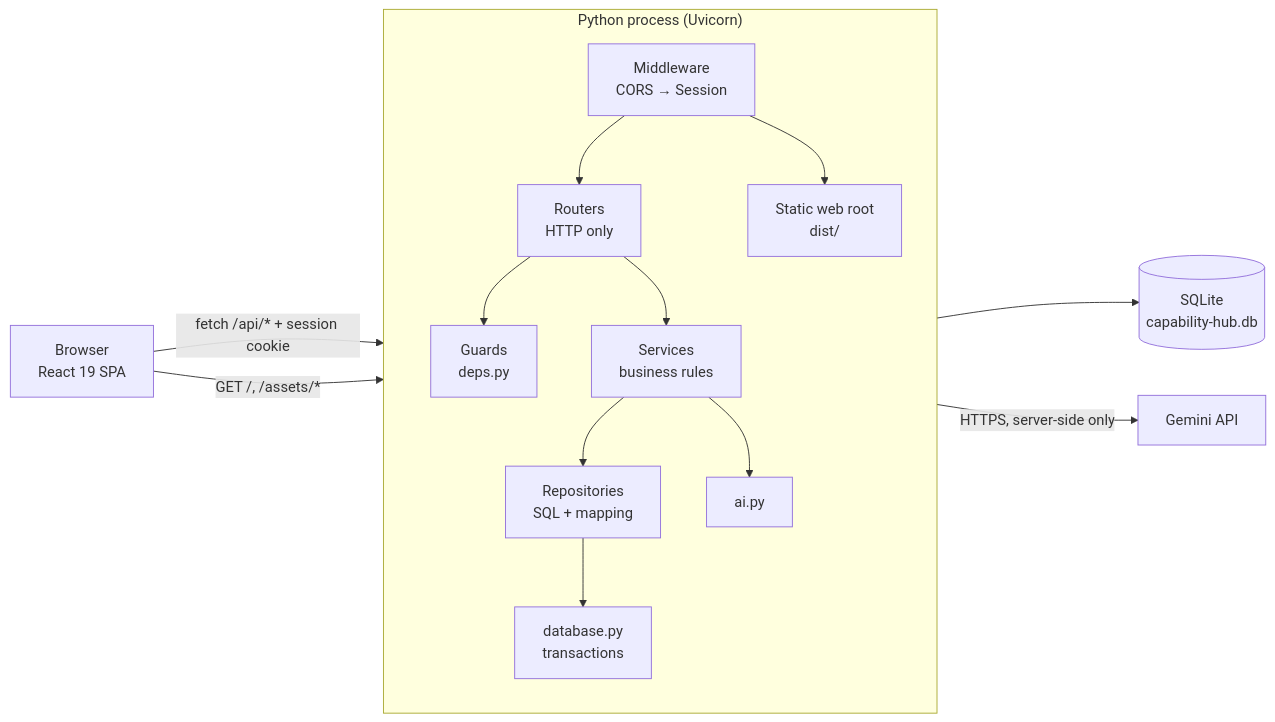
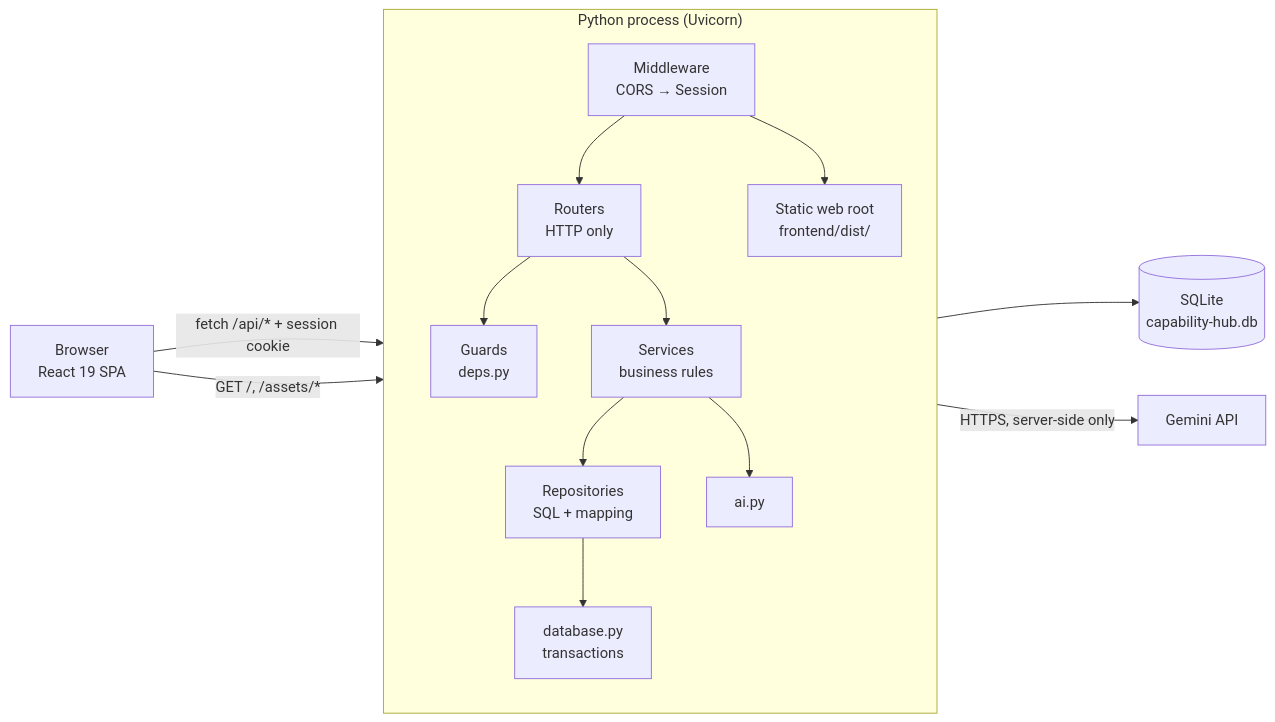
One commit to vs554154-dotcom/capability-hub-ai changed the first of 5 diagrams in ARCHITECTURE.md. Above: the diagram before and after it, drawn with Mermaid. The commit also changed other lines of this file and 89 other files, not shown here.

````diff
--- a/ARCHITECTURE.md
+++ b/ARCHITECTURE.md
@@ -18,17 +18,17 @@
 ```mermaid
 flowchart LR
     B["Browser<br/>React 19 SPA"] -- "fetch /api/* + session cookie" --> P
     B -- "GET /, /assets/*" --> P
     subgraph P["Python process (Uvicorn)"]
         direction TB
         M["Middleware<br/>CORS → Session"] --> R["Routers<br/>HTTP only"]
         R --> G["Guards<br/>deps.py"]
         R --> S["Services<br/>business rules"]
         S --> RP["Repositories<br/>SQL + mapping"]
         RP --> D["database.py<br/>transactions"]
         S --> AI["ai.py"]
-        M --> W["Static web root<br/>dist/"]
+        M --> W["Static web root<br/>frontend/dist/"]
     end
     D --> DB[("SQLite<br/>capability-hub.db")]
     AI -- "HTTPS, server-side only" --> GEM["Gemini API"]
 ```
````
